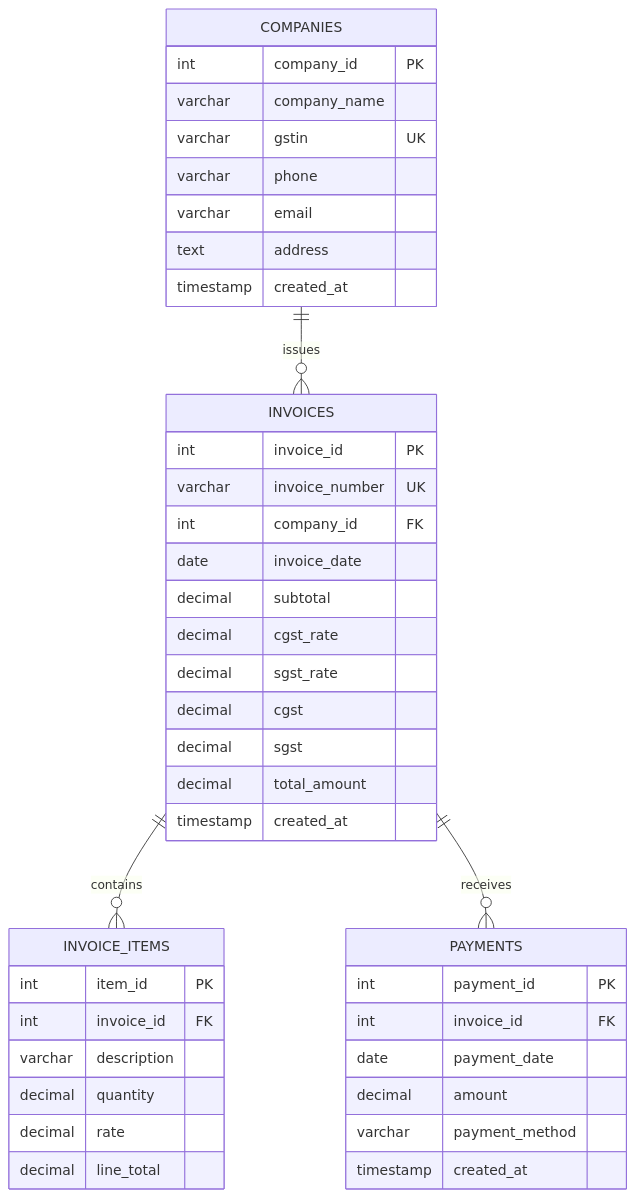
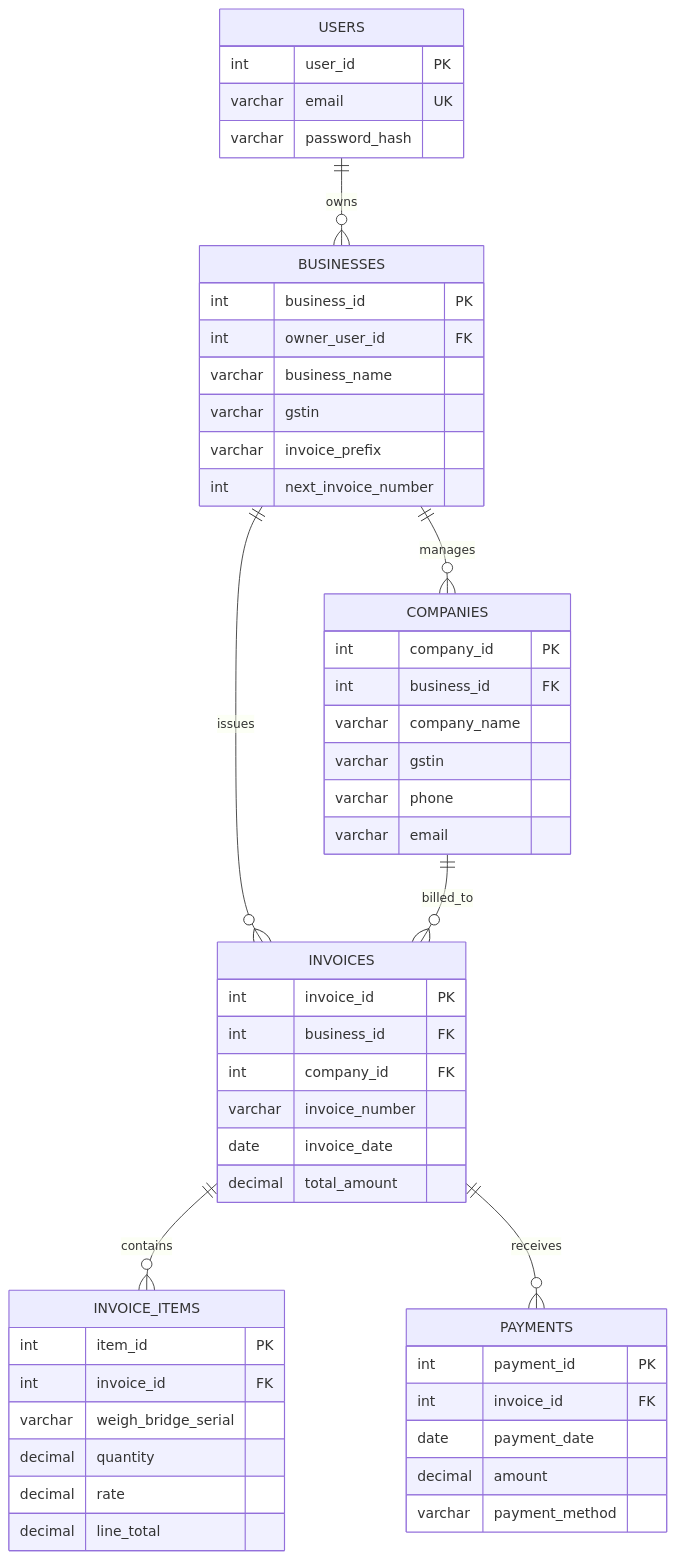
Before and after one commit to khushboobanjara2005-collab/billing-sales-system: the diagram in docs/database-design.md, drawn with Mermaid. The commit also changed other lines of this file and 54 other files, not shown here.

Commit message:
Add multi-business authentication and invoices

````diff
--- a/docs/database-design.md
+++ b/docs/database-design.md
@@ -21,45 +37,53 @@
 ```mermaid
 erDiagram
-    COMPANIES ||--o{ INVOICES : issues
+    USERS ||--o{ BUSINESSES : owns
+    BUSINESSES ||--o{ COMPANIES : manages
+    BUSINESSES ||--o{ INVOICES : issues
+    COMPANIES ||--o{ INVOICES : billed_to
     INVOICES ||--o{ INVOICE_ITEMS : contains
     INVOICES ||--o{ PAYMENTS : receives
-
+    USERS {
+        int user_id PK
+        varchar email UK
+        varchar password_hash
+    }
+    BUSINESSES {
+        int business_id PK
+        int owner_user_id FK
+        varchar business_name
+        varchar gstin
+        varchar invoice_prefix
+        int next_invoice_number
+    }
     COMPANIES {
         int company_id PK
+        int business_id FK
         varchar company_name
-        varchar gstin UK
+        varchar gstin
         varchar phone
         varchar email
-        text address
-        timestamp created_at
     }
     INVOICES {
         int invoice_id PK
-        varchar invoice_number UK
+        int business_id FK
         int company_id FK
+        varchar invoice_number
         date invoice_date
-        decimal subtotal
-        decimal cgst_rate
-        decimal sgst_rate
-        decimal cgst
-        decimal sgst
         decimal total_amount
-        timestamp created_at
     }
     INVOICE_ITEMS {
         int item_id PK
         int invoice_id FK
-        varchar description
+        varchar weigh_bridge_serial
         decimal quantity
         decimal rate
         decimal line_total
     }
     PAYMENTS {
         int payment_id PK
         int invoice_id FK
         date payment_date
         decimal amount
         varchar payment_method
-        timestamp created_at
     }
 ```
````
